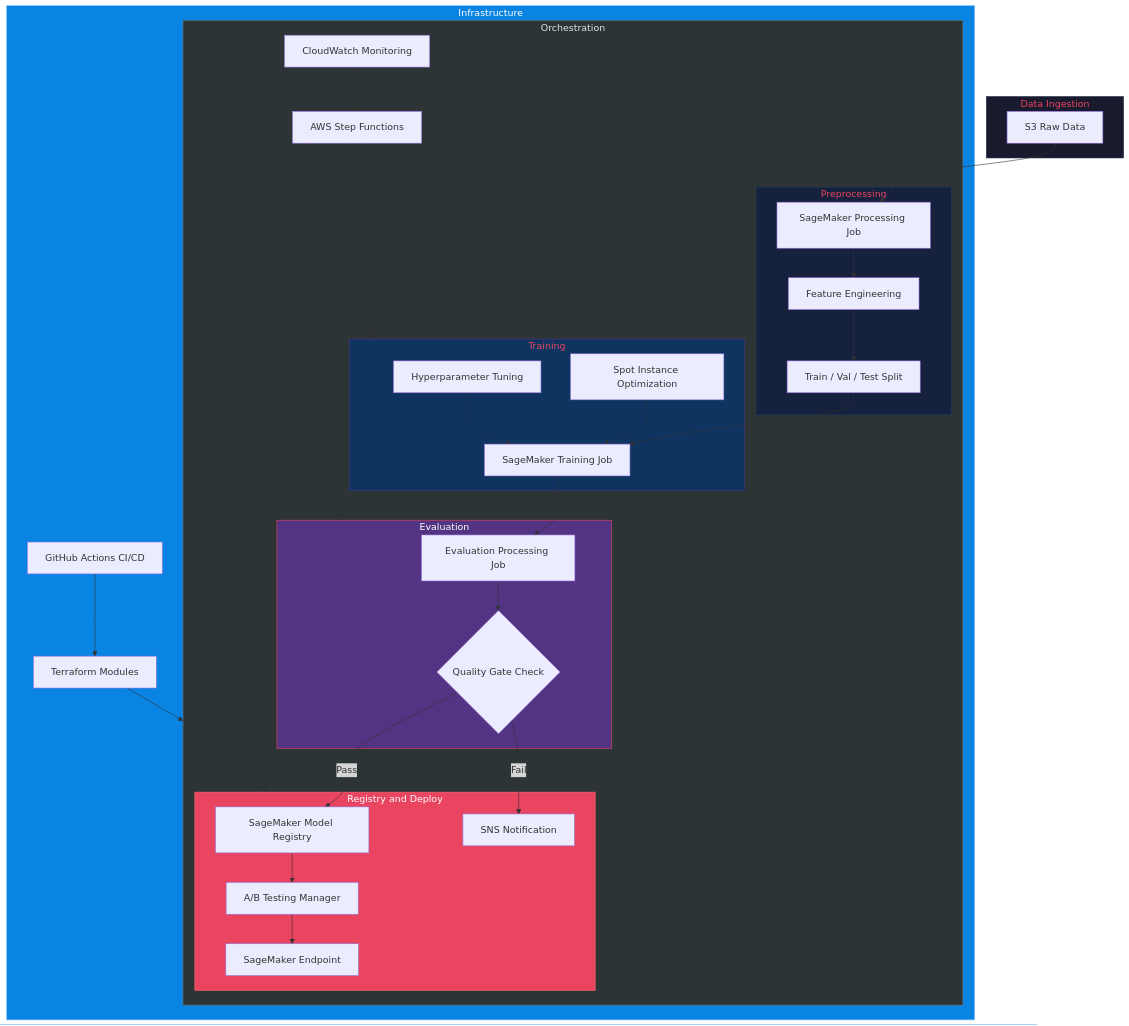
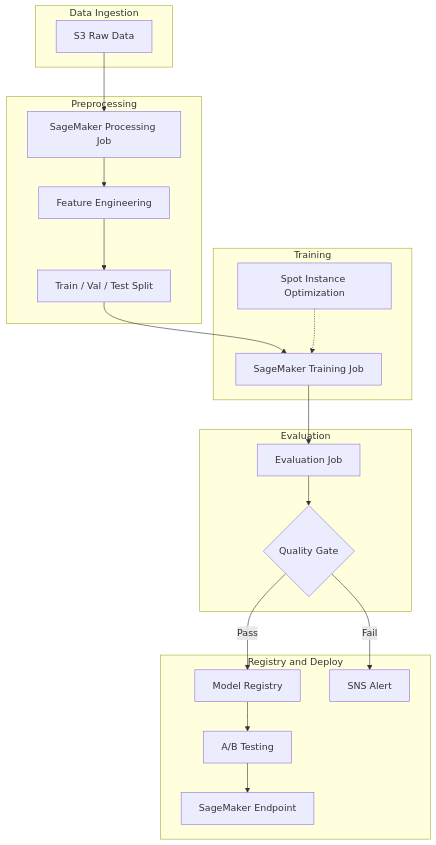
The second of 2 diagrams in README.md (galafis/sagemaker-mlops-pipeline-aws), drawn with Mermaid before and after one commit. The commit also changed other lines of this file, not shown here.

Commit message:
refactor: enhance README and improve infrastructure

````diff
--- a/README.md
+++ b/README.md
@@ -286,60 +239,34 @@
 ```mermaid
 flowchart TB
     subgraph Ingestion["Data Ingestion"]
-        style Ingestion fill:#1a1a2e,stroke:#16213e,color:#e94560
         S3Raw["S3 Raw Data"]
     end
 
     subgraph Processing["Preprocessing"]
-        style Processing fill:#16213e,stroke:#0f3460,color:#e94560
         Preprocess["SageMaker Processing Job"]
         FeatEng["Feature Engineering"]
         Split["Train / Val / Test Split"]
         S3Raw --> Preprocess --> FeatEng --> Split
     end
 
     subgraph Training["Training"]
-        style Training fill:#0f3460,stroke:#533483,color:#e94560
         TrainJob["SageMaker Training Job"]
         SpotOpt["Spot Instance Optimization"]
-        HyperTune["Hyperparameter Tuning"]
         Split --> TrainJob
         SpotOpt -.-> TrainJob
-        HyperTune -.-> TrainJob
     end
 
     subgraph Evaluation["Evaluation"]
-        style Evaluation fill:#533483,stroke:#e94560,color:#fff
-        EvalJob["Evaluation Processing Job"]
-        QualityGate{"Quality Gate Check"}
+        EvalJob["Evaluation Job"]
+        QualityGate{"Quality Gate"}
         TrainJob --> EvalJob --> QualityGate
     end
 
-    subgraph Registry["Registry and Deploy"]
-        style Registry fill:#e94560,stroke:#ff6b6b,color:#fff
-        ModelReg["SageMaker Model Registry"]
-        ABTest["A/B Testing Manager"]
+    subgraph Deploy["Registry and Deploy"]
+        ModelReg["Model Registry"]
+        ABTest["A/B Testing"]
         Endpoint["SageMaker Endpoint"]
         QualityGate -->|Pass| ModelReg --> ABTest --> Endpoint
-        QualityGate -->|Fail| Notify["SNS Notification"]
-    end
-
-    subgraph Orchestration["Orchestration"]
-        style Orchestration fill:#2d3436,stroke:#636e72,color:#dfe6e9
-        StepFunc["AWS Step Functions"]
-        CloudWatch["CloudWatch Monitoring"]
-        StepFunc --> Processing
-        StepFunc --> Training
-        StepFunc --> Evaluation
-        StepFunc --> Registry
-        CloudWatch -.-> StepFunc
-    end
-
-    subgraph IaC["Infrastructure"]
-        style IaC fill:#0984e3,stroke:#74b9ff,color:#fff
-        Terraform["Terraform Modules"]
-        CICD["GitHub Actions CI/CD"]
-        Terraform --> Orchestration
-        CICD --> Terraform
+        QualityGate -->|Fail| Notify["SNS Alert"]
     end
 ```
````
